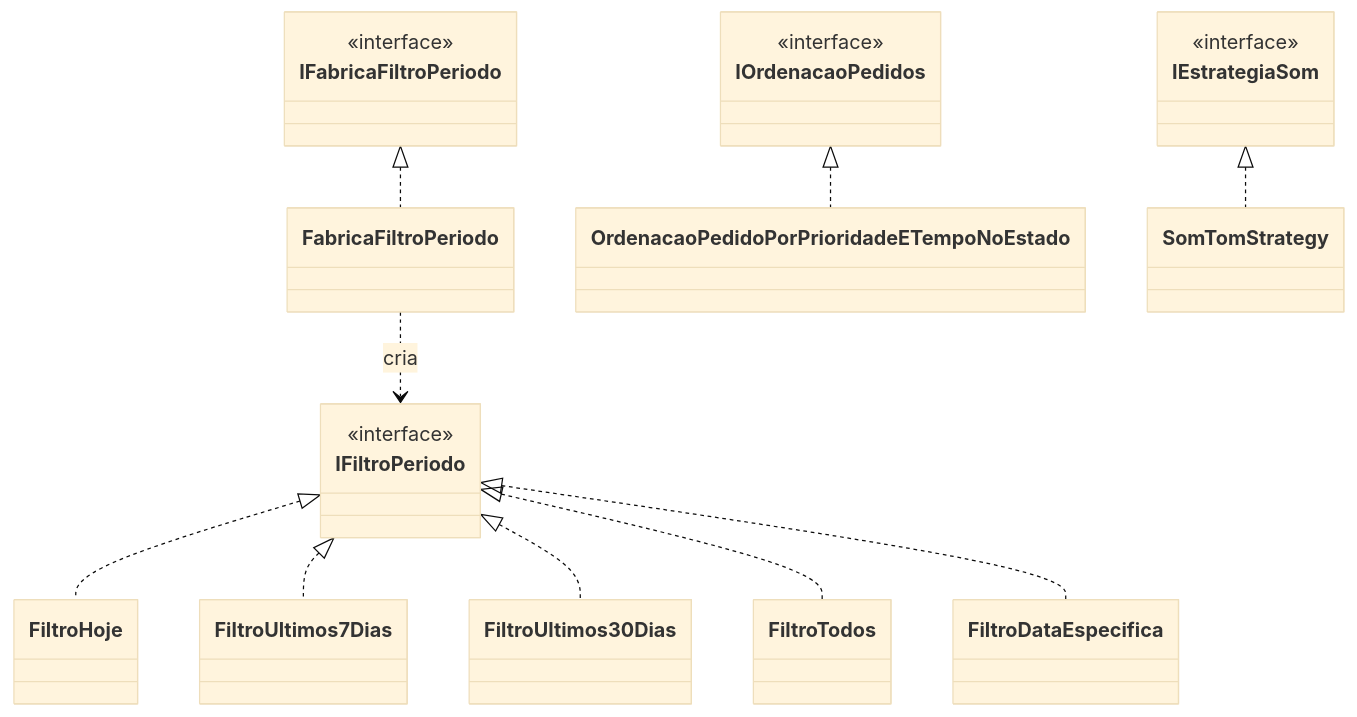
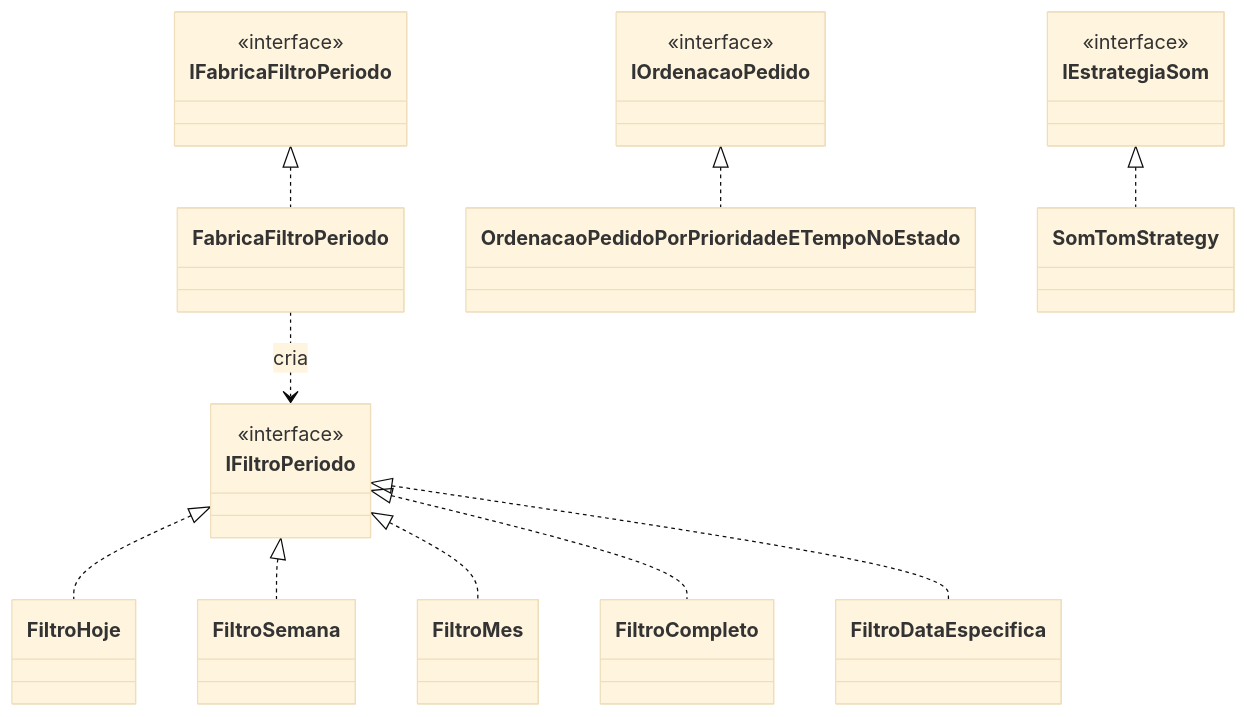
The third of 7 diagrams in openspec/specs/painel-acompanhamento-pedidos/design.md (claytonfraga/painel_pedidos_component), drawn with Mermaid (base theme) before and after one commit. The commit also changed other lines of this file and 35 other files, not shown here.

````diff
--- a/openspec/specs/painel-acompanhamento-pedidos/design.md
+++ b/openspec/specs/painel-acompanhamento-pedidos/design.md
@@ -117,24 +107,24 @@
 ```mermaid
 classDiagram
     class IFiltroPeriodo { <<interface>> }
     class FiltroHoje
-    class FiltroUltimos7Dias
-    class FiltroUltimos30Dias
-    class FiltroTodos
+    class FiltroSemana
+    class FiltroMes
+    class FiltroCompleto
     class FiltroDataEspecifica
     class IFabricaFiltroPeriodo { <<interface>> }
     class FabricaFiltroPeriodo
-    class IOrdenacaoPedidos { <<interface>> }
+    class IOrdenacaoPedido { <<interface>> }
     class OrdenacaoPedidoPorPrioridadeETempoNoEstado
     class IEstrategiaSom { <<interface>> }
     class SomTomStrategy
     IFiltroPeriodo <|.. FiltroHoje
-    IFiltroPeriodo <|.. FiltroUltimos7Dias
-    IFiltroPeriodo <|.. FiltroUltimos30Dias
-    IFiltroPeriodo <|.. FiltroTodos
+    IFiltroPeriodo <|.. FiltroSemana
+    IFiltroPeriodo <|.. FiltroMes
+    IFiltroPeriodo <|.. FiltroCompleto
     IFiltroPeriodo <|.. FiltroDataEspecifica
     IFabricaFiltroPeriodo <|.. FabricaFiltroPeriodo
     FabricaFiltroPeriodo ..> IFiltroPeriodo : cria
-    IOrdenacaoPedidos <|.. OrdenacaoPedidoPorPrioridadeETempoNoEstado
+    IOrdenacaoPedido <|.. OrdenacaoPedidoPorPrioridadeETempoNoEstado
     IEstrategiaSom <|.. SomTomStrategy
 ```
````
